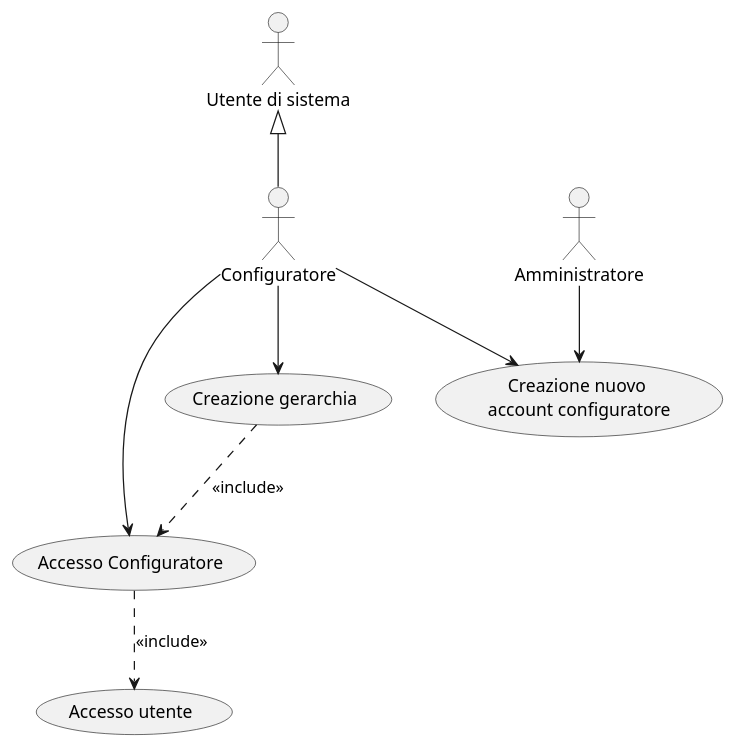
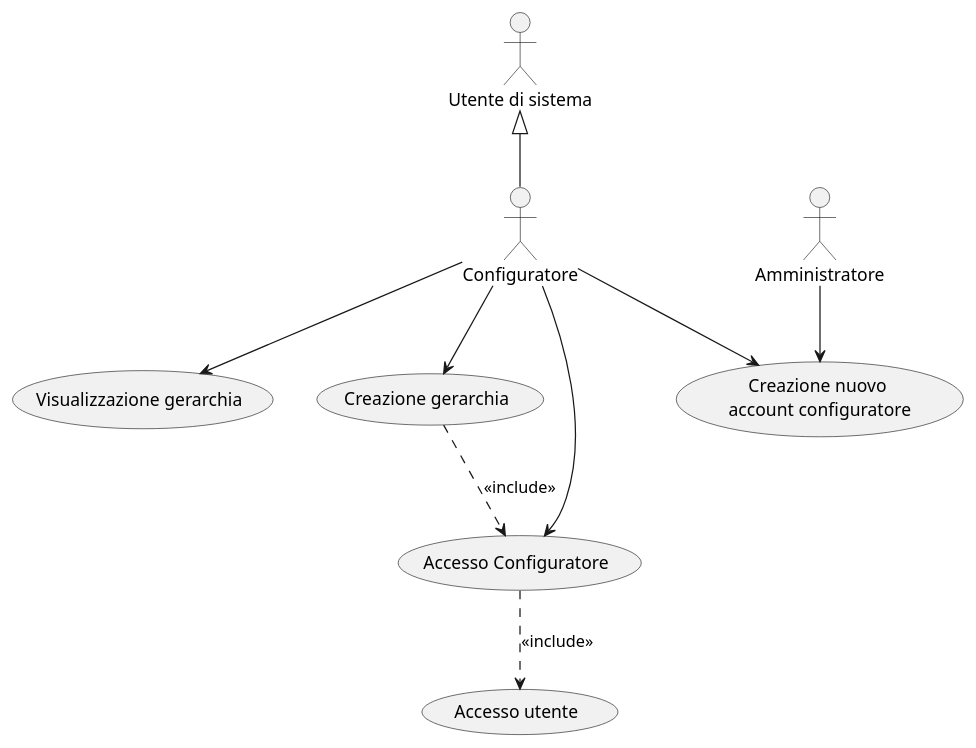
The diagram in DOC/VER1/diagrams/use_case/version_1.puml (Matlice/ing_sw_2022), drawn with PlantUML before and after one commit. The commit also changed 10 other files, not shown here.

```diff
--- a/DOC/VER1/diagrams/use_case/version_1.puml
+++ b/DOC/VER1/diagrams/use_case/version_1.puml
@@ -1,17 +1,18 @@
 @startuml
 
 :Utente di sistema: as user
 :Configuratore: as conf
 :Amministratore: as adm
 
 conf -up-|> user
 conf --> (Accesso Configuratore)
 conf --> (Creazione gerarchia)
 
 adm --> (Creazione nuovo \naccount configuratore)
 conf --> (Creazione nuovo \naccount configuratore)
+conf --> (Visualizzazione gerarchia)
 
 (Accesso Configuratore) ..> (Accesso utente): <<include>>
 (Creazione gerarchia) ..> (Accesso Configuratore): <<include>>
 
 @enduml
```
